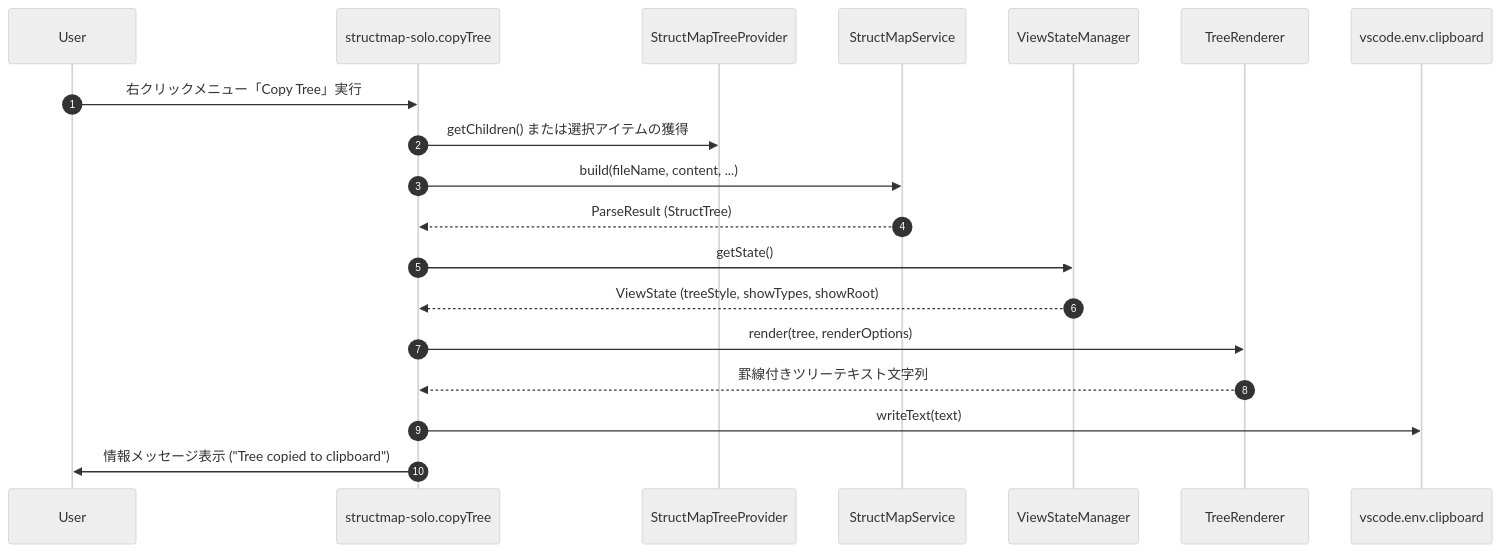
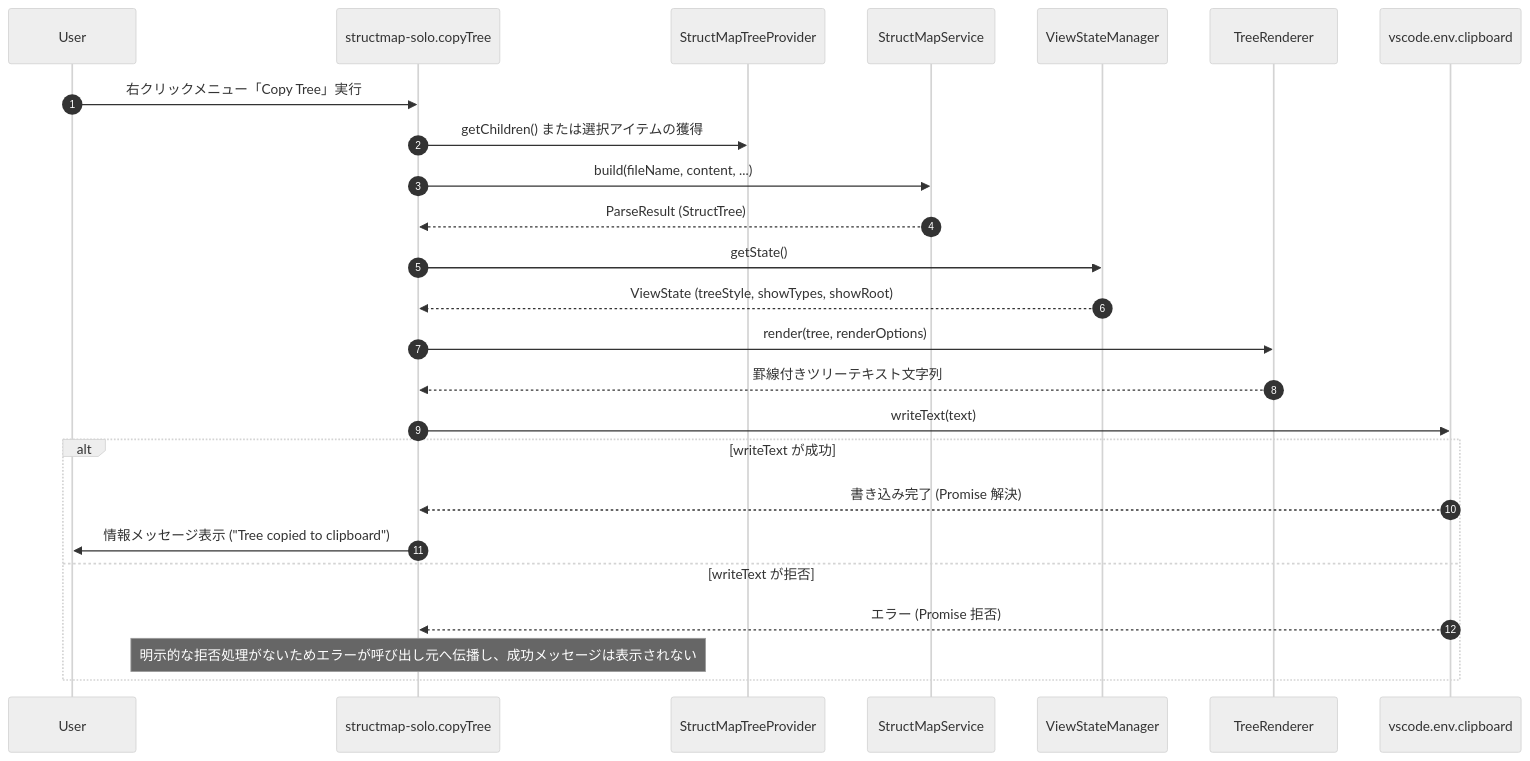
The sixth of 6 diagrams in docs/DATA_FLOW_AND_EVENTS.md (masanori-satake/StructMap-Solo), drawn with Mermaid (neutral theme) before and after one commit. The commit also changed other lines of this file and 4 other files, not shown here.

````diff
--- a/docs/DATA_FLOW_AND_EVENTS.md
+++ b/docs/DATA_FLOW_AND_EVENTS.md
@@ -198,22 +206,28 @@
 ```mermaid
 sequenceDiagram
     autonumber
     participant U as User
     participant Cmd as structmap-solo.copyTree
     participant TP as StructMapTreeProvider
     participant Svc as StructMapService
     participant VSM as ViewStateManager
     participant Ren as TreeRenderer
     participant Clip as vscode.env.clipboard
 
     U->>Cmd: 右クリックメニュー「Copy Tree」実行
     Cmd->>TP: getChildren() または選択アイテムの獲得
     Cmd->>Svc: build(fileName, content, ...)
     Svc-->>Cmd: ParseResult (StructTree)
     Cmd->>VSM: getState()
     VSM-->>Cmd: ViewState (treeStyle, showTypes, showRoot)
     Cmd->>Ren: render(tree, renderOptions)
     Ren-->>Cmd: 罫線付きツリーテキスト文字列
     Cmd->>Clip: writeText(text)
-    Cmd->>U: 情報メッセージ表示 ("Tree copied to clipboard")
+    alt writeText が成功
+        Clip-->>Cmd: 書き込み完了 (Promise 解決)
+        Cmd->>U: 情報メッセージ表示 ("Tree copied to clipboard")
+    else writeText が拒否
+        Clip-->>Cmd: エラー (Promise 拒否)
+        Note over Cmd: 明示的な拒否処理がないためエラーが呼び出し元へ伝播し、成功メッセージは表示されない
+    end
 ```
````
